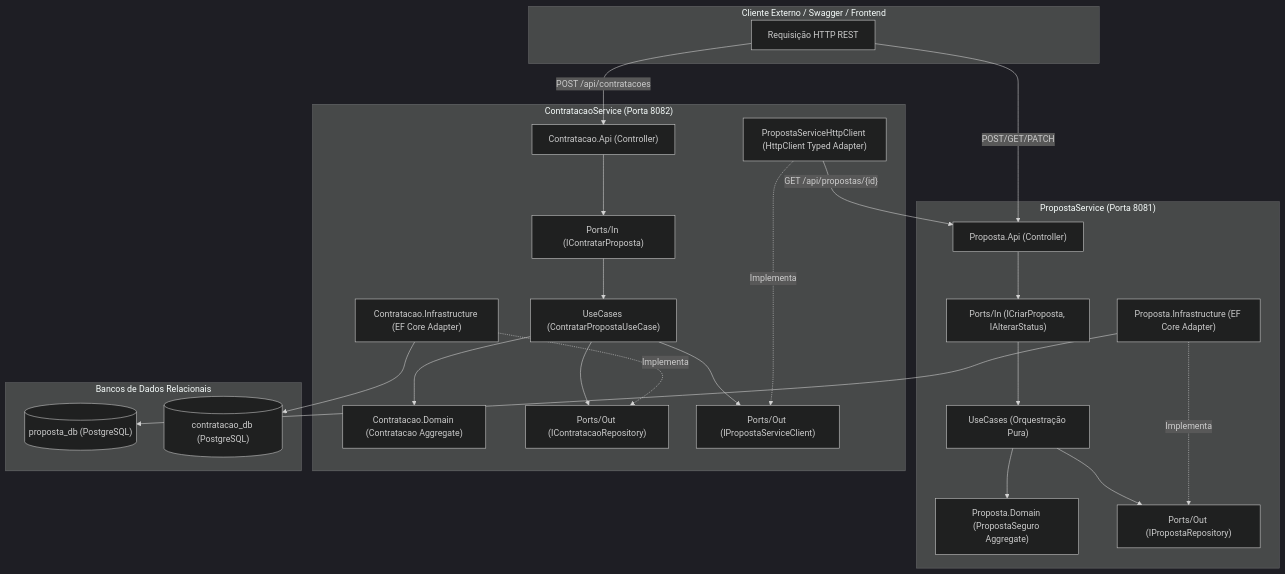
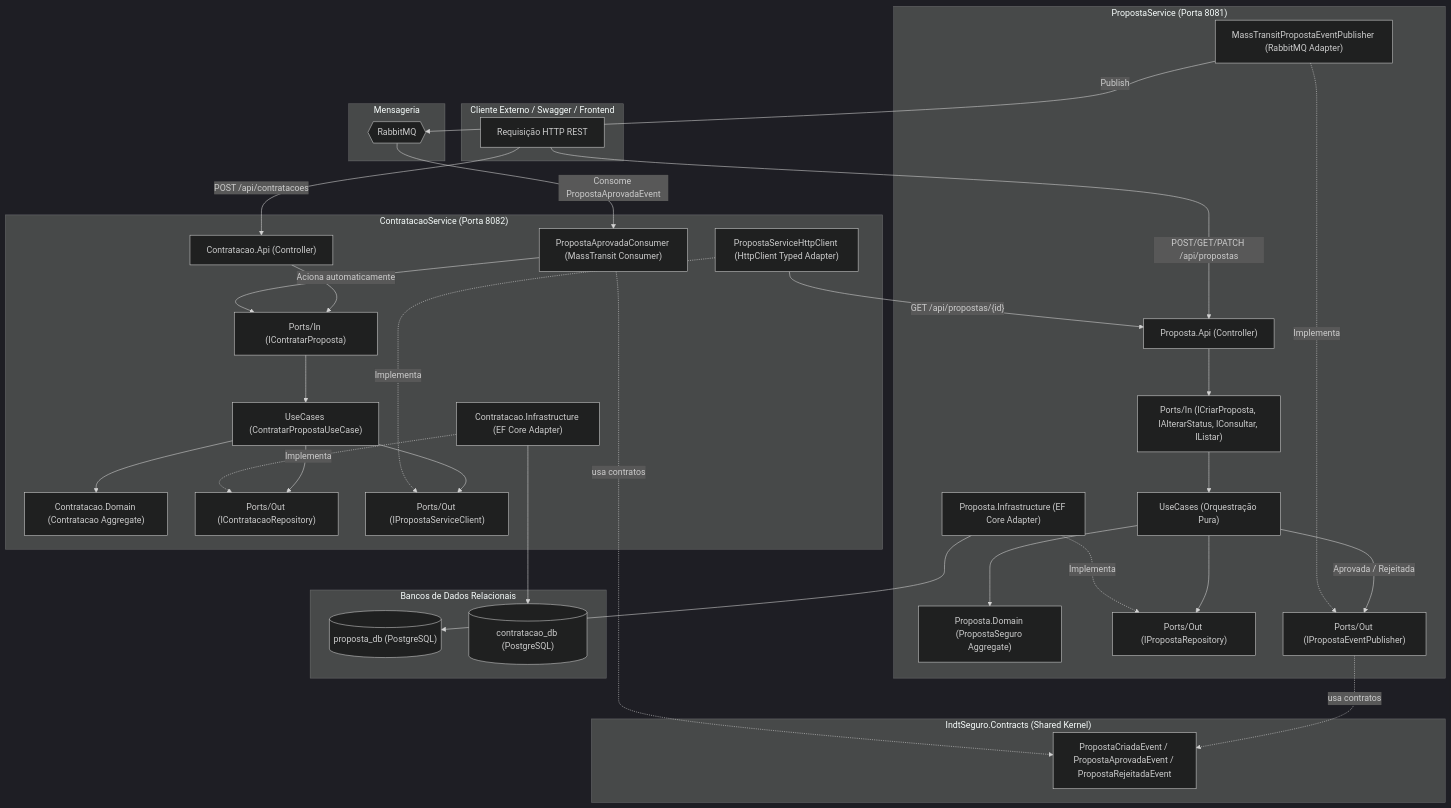
The diagram in README.md (aspepper/indtSeguroPlatformHexagonal), drawn with Mermaid (dark theme) before and after one commit.

Commit message:
Atualiza diagrama de arquitetura para incluir eventos e mensageria

````diff
--- a/README.md
+++ b/README.md
@@ -24,51 +24,70 @@
 ```mermaid
 graph TD
     subgraph Client ["Cliente Externo / Swagger / Frontend"]
         HTTP_REQ["Requisição HTTP REST"]
     end
 
     subgraph PropostaService ["PropostaService (Porta 8081)"]
         P_API["Proposta.Api (Controller)"]
-        P_PIN["Ports/In (ICriarProposta, IAlterarStatus)"]
+        P_PIN["Ports/In (ICriarProposta, IAlterarStatus, IConsultar, IListar)"]
         P_UC["UseCases (Orquestração Pura)"]
         P_DOM["Proposta.Domain (PropostaSeguro Aggregate)"]
-        P_POUT["Ports/Out (IPropostaRepository)"]
-        P_INFRA["Proposta.Infrastructure (EF Core Adapter)"]
+        P_POUT_REPO["Ports/Out (IPropostaRepository)"]
+        P_POUT_EVT["Ports/Out (IPropostaEventPublisher)"]
+        P_INFRA_REPO["Proposta.Infrastructure (EF Core Adapter)"]
+        P_INFRA_EVT["MassTransitPropostaEventPublisher (RabbitMQ Adapter)"]
     end
 
     subgraph ContratacaoService ["ContratacaoService (Porta 8082)"]
         C_API["Contratacao.Api (Controller)"]
         C_PIN["Ports/In (IContratarProposta)"]
         C_UC["UseCases (ContratarPropostaUseCase)"]
         C_DOM["Contratacao.Domain (Contratacao Aggregate)"]
         C_POUT_REPO["Ports/Out (IContratacaoRepository)"]
         C_POUT_HTTP["Ports/Out (IPropostaServiceClient)"]
         C_INFRA_REPO["Contratacao.Infrastructure (EF Core Adapter)"]
         C_INFRA_HTTP["PropostaServiceHttpClient (HttpClient Typed Adapter)"]
+        C_INFRA_CONSUMER["PropostaAprovadaConsumer (MassTransit Consumer)"]
+    end
+
+    subgraph Shared ["IndtSeguro.Contracts (Shared Kernel)"]
+        EVENTS["PropostaCriadaEvent / PropostaAprovadaEvent / PropostaRejeitadaEvent"]
+    end
+
+    subgraph Broker ["Mensageria"]
+        MQ{{"RabbitMQ"}}
     end
 
     subgraph Databases ["Bancos de Dados Relacionais"]
         DB_PROP[("proposta_db (PostgreSQL)")]
         DB_CONT[("contratacao_db (PostgreSQL)")]
     end
 
-    HTTP_REQ -->|POST/GET/PATCH| P_API
-    HTTP_REQ -->|POST /api/contratacoes| C_API
+    HTTP_REQ -->|"POST/GET/PATCH /api/propostas"| P_API
+    HTTP_REQ -->|"POST /api/contratacoes"| C_API
 
     P_API --> P_PIN
     P_PIN --> P_UC
     P_UC --> P_DOM
-    P_UC --> P_POUT
-    P_INFRA -.->|Implementa| P_POUT
-    P_INFRA --> DB_PROP
+    P_UC --> P_POUT_REPO
+    P_UC -->|"Aprovada / Rejeitada"| P_POUT_EVT
+    P_INFRA_REPO -.->|Implementa| P_POUT_REPO
+    P_INFRA_EVT -.->|Implementa| P_POUT_EVT
+    P_INFRA_REPO --> DB_PROP
+    P_INFRA_EVT -->|Publish| MQ
+    P_POUT_EVT -.->|usa contratos| EVENTS
 
     C_API --> C_PIN
     C_PIN --> C_UC
     C_UC --> C_DOM
     C_UC --> C_POUT_REPO
     C_UC --> C_POUT_HTTP
     C_INFRA_REPO -.->|Implementa| C_POUT_REPO
     C_INFRA_HTTP -.->|Implementa| C_POUT_HTTP
     C_INFRA_REPO --> DB_CONT
     C_INFRA_HTTP -->|"GET /api/propostas/{id}"| P_API
+
+    MQ -->|"Consome PropostaAprovadaEvent"| C_INFRA_CONSUMER
+    C_INFRA_CONSUMER -->|"Aciona automaticamente"| C_PIN
+    C_INFRA_CONSUMER -.->|"usa contratos"| EVENTS
 ```
````
